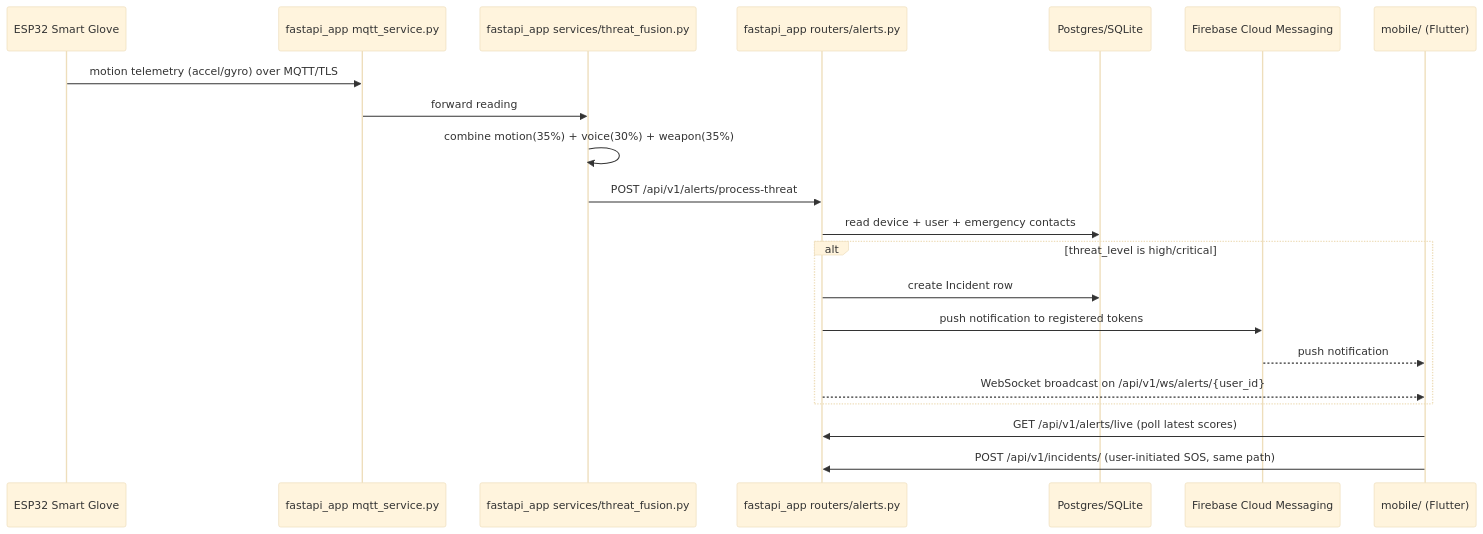
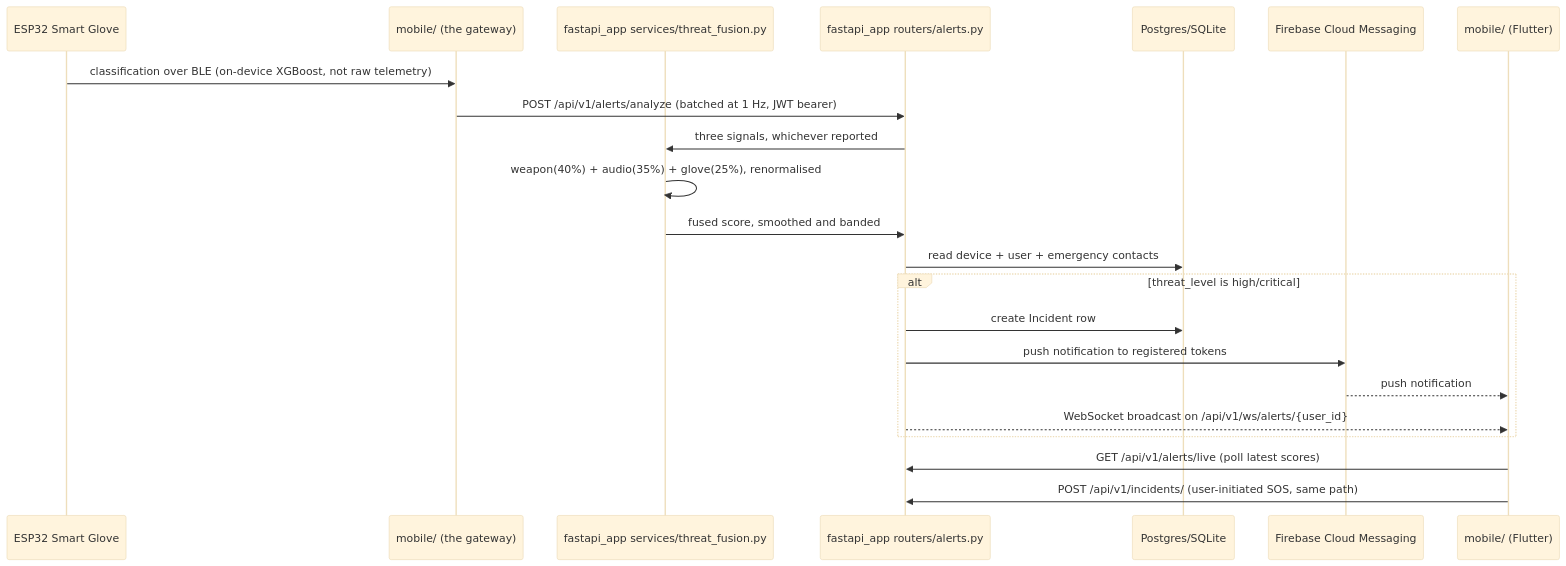
One commit to ShadowInCache/SafeHer changed the second of 5 diagrams in docs/ARCHITECTURE.md. Above: the diagram before and after it, drawn with Mermaid (base theme). The commit also changed other lines of this file and 28 other files, not shown here.

````diff
--- a/docs/ARCHITECTURE.md
+++ b/docs/ARCHITECTURE.md
@@ -47,24 +56,25 @@
 ```mermaid
 sequenceDiagram
     participant Glove as ESP32 Smart Glove
-    participant MQTT as fastapi_app mqtt_service.py
+    participant Phone as mobile/ (the gateway)
     participant Fusion as fastapi_app services/threat_fusion.py
     participant API as fastapi_app routers/alerts.py
     participant DB as Postgres/SQLite
     participant FCM as Firebase Cloud Messaging
     participant Mobile as mobile/ (Flutter)
 
-    Glove->>MQTT: motion telemetry (accel/gyro) over MQTT/TLS
-    MQTT->>Fusion: forward reading
-    Fusion->>Fusion: combine motion(35%) + voice(30%) + weapon(35%)
-    Fusion->>API: POST /api/v1/alerts/process-threat
+    Glove->>Phone: classification over BLE (on-device XGBoost, not raw telemetry)
+    Phone->>API: POST /api/v1/alerts/analyze (batched at 1 Hz, JWT bearer)
+    API->>Fusion: three signals, whichever reported
+    Fusion->>Fusion: weapon(40%) + audio(35%) + glove(25%), renormalised
+    Fusion->>API: fused score, smoothed and banded
     API->>DB: read device + user + emergency contacts
     alt threat_level is high/critical
         API->>DB: create Incident row
         API->>FCM: push notification to registered tokens
         FCM-->>Mobile: push notification
         API-->>Mobile: WebSocket broadcast on /api/v1/ws/alerts/{user_id}
     end
     Mobile->>API: GET /api/v1/alerts/live (poll latest scores)
     Mobile->>API: POST /api/v1/incidents/ (user-initiated SOS, same path)
 ```
````
